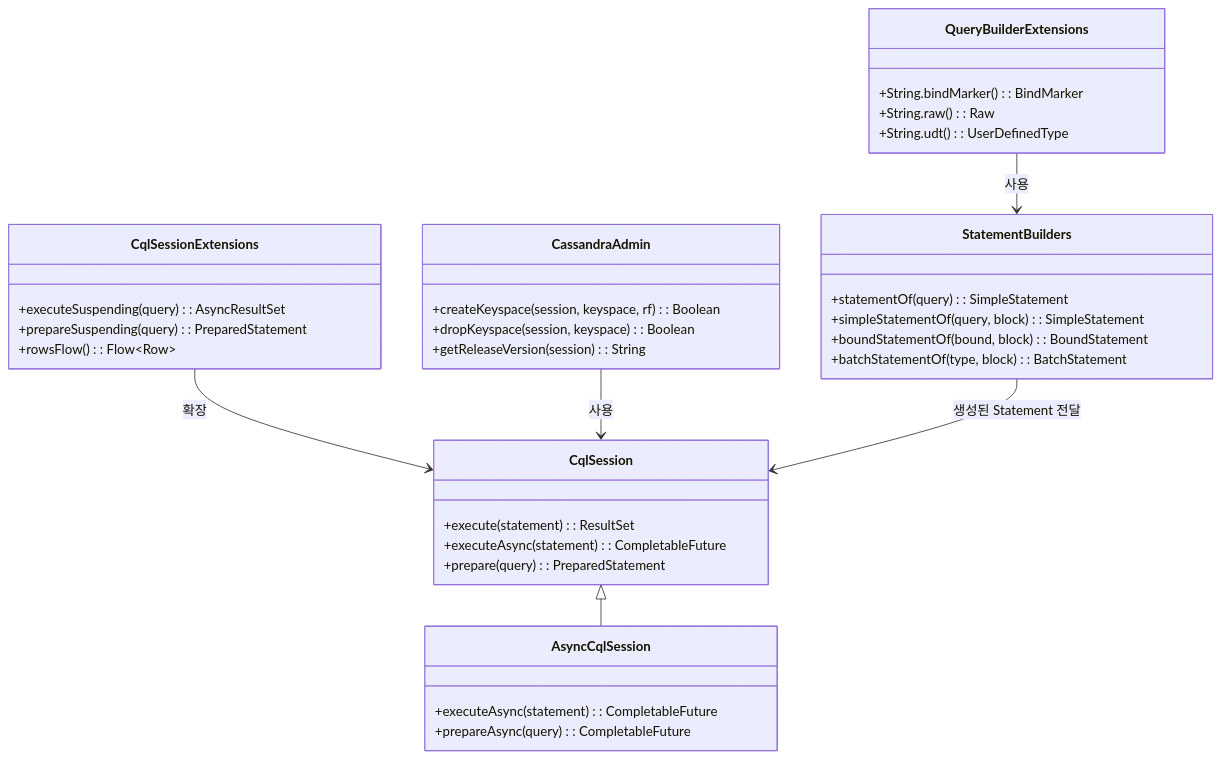
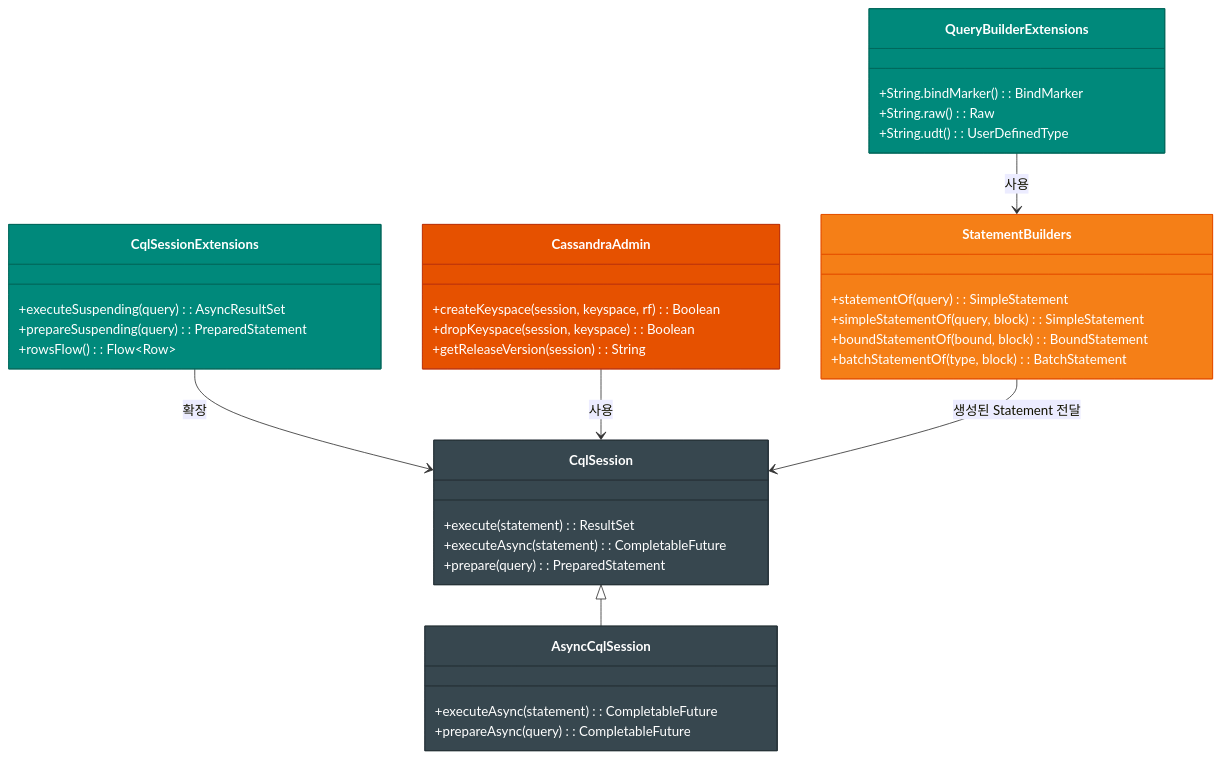
Before and after one commit to bluetape4k/bluetape4k-projects: the second of 3 diagrams in data/cassandra/README.ko.md, drawn with Mermaid. The commit also changed other lines of this file and 221 other files, not shown here.

First line of the commit message:
docs: 전체 모듈 README UML 다이어그램 보강 및 색상 업그레이드

````diff
--- a/data/cassandra/README.ko.md
+++ b/data/cassandra/README.ko.md
@@ -380,38 +381,45 @@
 ```mermaid
 classDiagram
     class CqlSession {
         +execute(statement): ResultSet
         +executeAsync(statement): CompletableFuture
         +prepare(query): PreparedStatement
     }
     class AsyncCqlSession {
         +executeAsync(statement): CompletableFuture
         +prepareAsync(query): CompletableFuture
     }
     class CqlSessionExtensions {
         +executeSuspending(query): AsyncResultSet
         +prepareSuspending(query): PreparedStatement
         +rowsFlow(): Flow~Row~
     }
     class CassandraAdmin {
         +createKeyspace(session, keyspace, rf): Boolean
         +dropKeyspace(session, keyspace): Boolean
         +getReleaseVersion(session): String
     }
     class StatementBuilders {
         +statementOf(query): SimpleStatement
         +simpleStatementOf(query, block): SimpleStatement
         +boundStatementOf(bound, block): BoundStatement
         +batchStatementOf(type, block): BatchStatement
     }
     class QueryBuilderExtensions {
         +String.bindMarker(): BindMarker
         +String.raw(): Raw
         +String.udt(): UserDefinedType
     }
     CqlSession <|-- AsyncCqlSession
     CqlSessionExtensions --> CqlSession : 확장
     CassandraAdmin --> CqlSession : 사용
     StatementBuilders --> CqlSession : 생성된 Statement 전달
     QueryBuilderExtensions --> StatementBuilders : 사용
+
+    style CqlSession fill:#37474F,stroke:#263238,color:#FFFFFF
+    style AsyncCqlSession fill:#37474F,stroke:#263238,color:#FFFFFF
+    style CqlSessionExtensions fill:#00897B,stroke:#00695C,color:#FFFFFF
+    style CassandraAdmin fill:#E65100,stroke:#BF360C,color:#FFFFFF
+    style StatementBuilders fill:#F57F17,stroke:#E65100,color:#FFFFFF
+    style QueryBuilderExtensions fill:#00897B,stroke:#00695C,color:#FFFFFF
 ```
````
